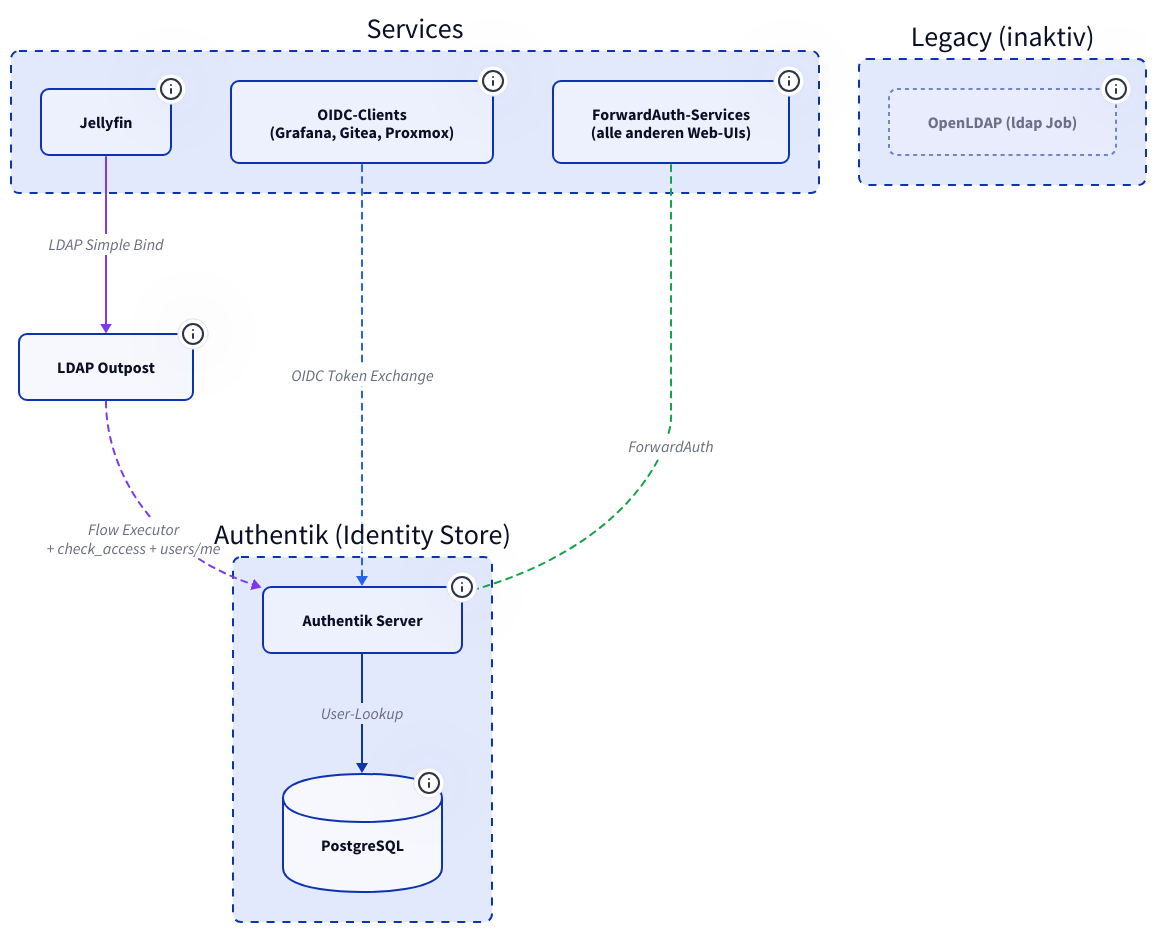
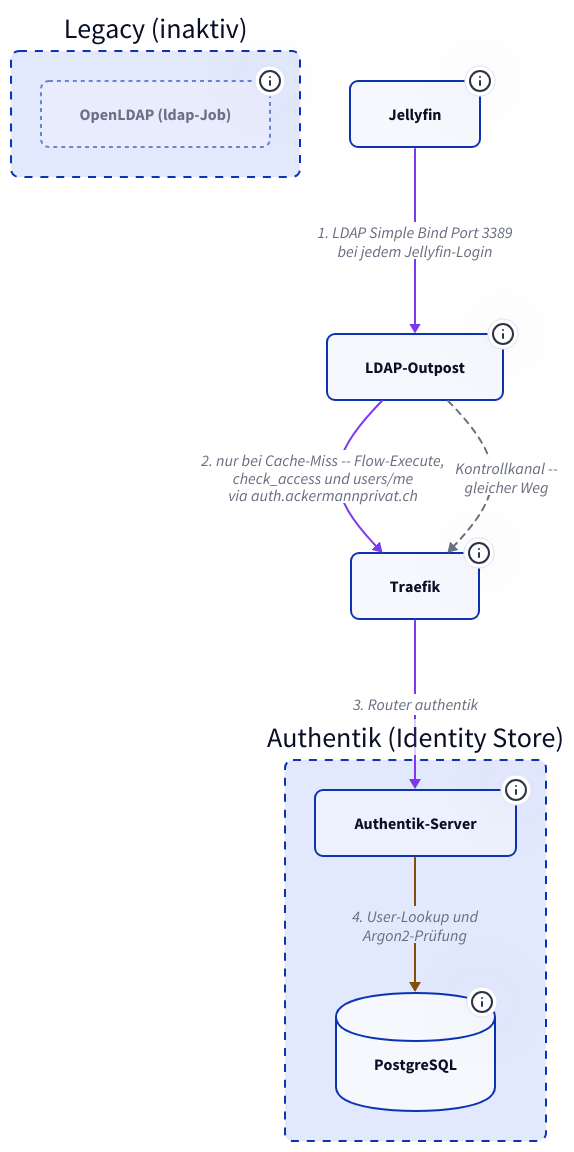
The diagram in docs/ldap/index.md (derever-labs/homelab-wiki), drawn with D2 before and after one commit. The commit also changed other lines of this file and 3 other files, not shown here.

First line of the commit message:
docs(authentik): Diagramm-Vertiefung Authentik und LDAP (#108)

````diff
--- a/docs/ldap/index.md
+++ b/docs/ldap/index.md
@@ -30,71 +32,56 @@
 ```d2
 classes: {
   node: { style: { border-radius: 8 } }
   container: { style: { border-radius: 8; stroke-dash: 4 } }
   legacy: { style: { border-radius: 8; stroke-dash: 2; opacity: 0.55 } }
 }
 
 direction: down
 
-Services: Services {
-  class: container
-
-  JF: Jellyfin {
-    class: node
-    tooltip: "LDAP-Plugin bindet gegen Outpost -- kein OAuth-Flow"
-  }
-  OIDC: "OIDC-Clients\n(Grafana, Gitea, Proxmox)" {
-    class: node
-    tooltip: "Native OpenID-Connect-Integration"
-  }
-  FWD: "ForwardAuth-Services\n(alle anderen Web-UIs)" {
-    class: node
-    tooltip: "Traefik Middleware-Chain mit Authentik Proxy Outpost"
-  }
+JF: Jellyfin {
+  class: node
+  tooltip: "LDAP-Plugin -- einziger aktiver LDAP-Consumer"
 }
 
-Outpost: LDAP Outpost {
+Outpost: LDAP-Outpost {
   class: node
-  tooltip: "authentik-ldap.service.consul:3389 -- Go-Prozess im Authentik Nomad Job"
+  tooltip: "authentik-ldap.service.consul:3389 -- Go-Prozess im Authentik-Nomad-Job, Bind- und Search-Cache im RAM"
+}
+
+Traefik: Traefik {
+  class: node
+  tooltip: "Der Outpost erreicht den Authentik-Server nur über auth.ackermannprivat.ch -- ohne Traefik keine Cache-Miss-Logins"
 }
 
 Store: Authentik (Identity Store) {
   class: container
 
-  AK: Authentik Server {
+  AK: Authentik-Server {
     class: node
-    tooltip: "FlowExecutor, Policy Engine, OIDC Provider, API"
+    tooltip: "FlowExecutor, Policy Engine, API"
   }
   PG: PostgreSQL {
     class: node
     shape: cylinder
     tooltip: "postgres.service.consul -- User, Gruppen, Policies"
   }
-  AK -> PG: "User-Lookup"
 }
 
 Legacy: Legacy (inaktiv) {
   class: container
 
-  OLDAP: "OpenLDAP (ldap Job)" {
+  OLDAP: "OpenLDAP (ldap-Job)" {
     class: legacy
-    tooltip: "Nomad Job databases/open-ldap.nomad -- kein aktiver Consumer"
+    tooltip: "Nomad-Job databases/open-ldap.nomad -- kein aktiver Consumer"
   }
 }
 
-Services.JF -> Outpost: "LDAP Simple Bind" {
-  style.stroke: "#7c3aed"
-}
-Outpost -> Store.AK: "Flow Executor\n+ check_access + users/me" {
-  style.stroke: "#7c3aed"
-  style.stroke-dash: 3
-}
-Services.OIDC -> Store.AK: "OIDC Token Exchange" {
-  style.stroke: "#2563eb"
-  style.stroke-dash: 3
-}
-Services.FWD -> Store.AK: "ForwardAuth" {
-  style.stroke: "#16a34a"
+JF -> Outpost: "1. LDAP Simple Bind Port 3389\nbei jedem Jellyfin-Login" { style.stroke: "#7c3aed" }
+Outpost -> Traefik: "2. nur bei Cache-Miss -- Flow-Execute,\ncheck_access und users/me\nvia auth.ackermannprivat.ch" { style.stroke: "#7c3aed" }
+Traefik -> Store.AK: "3. Router authentik" { style.stroke: "#7c3aed" }
+Store.AK -> Store.PG: "4. User-Lookup und\nArgon2-Prüfung" { style.stroke: "#854d0e" }
+Outpost -> Traefik: "Kontrollkanal --\ngleicher Weg" {
+  style.stroke: "#6b7280"
   style.stroke-dash: 3
 }
 ```
````
